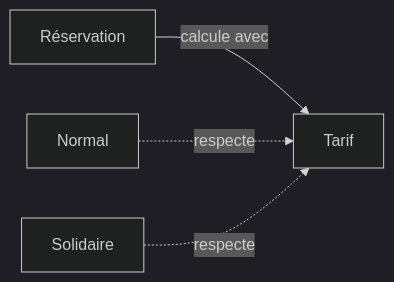
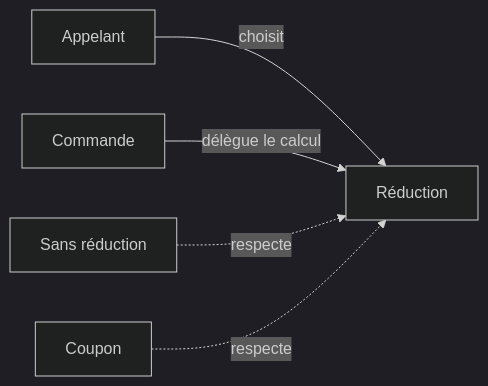
The diagram in src/cours/poo-patterns-frameworks/02-strategy.md (theopaolo/dev-carnet), drawn with Mermaid (dark theme) before and after one commit. The commit also changed other lines of this file and 13 other files, not shown here.

````diff
--- a/src/cours/poo-patterns-frameworks/02-strategy.md
+++ b/src/cours/poo-patterns-frameworks/02-strategy.md
@@ -12,8 +18,9 @@
 ```mermaid
 flowchart LR
-  accTitle: Choisir une règle de tarif
-  accDescr: La réservation utilise un contrat de tarif. Les règles normal et solidaire respectent ce contrat.
-  Reservation[Réservation] -->|calcule avec| Tarif[Tarif]
-  Normal[Normal] -.->|respecte| Tarif
-  Solidaire[Solidaire] -.->|respecte| Tarif
+  accTitle: Une commande délègue sa réduction
+  accDescr: La commande utilise un contrat de réduction. Les variantes sans réduction et coupon respectent ce contrat. L'appelant choisit la variante.
+  Appelant[Appelant] -->|choisit| Strategie[Réduction]
+  Commande[Commande] -->|délègue le calcul| Strategie
+  Aucune[Sans réduction] -.->|respecte| Strategie
+  Coupon[Coupon] -.->|respecte| Strategie
 ```
````
